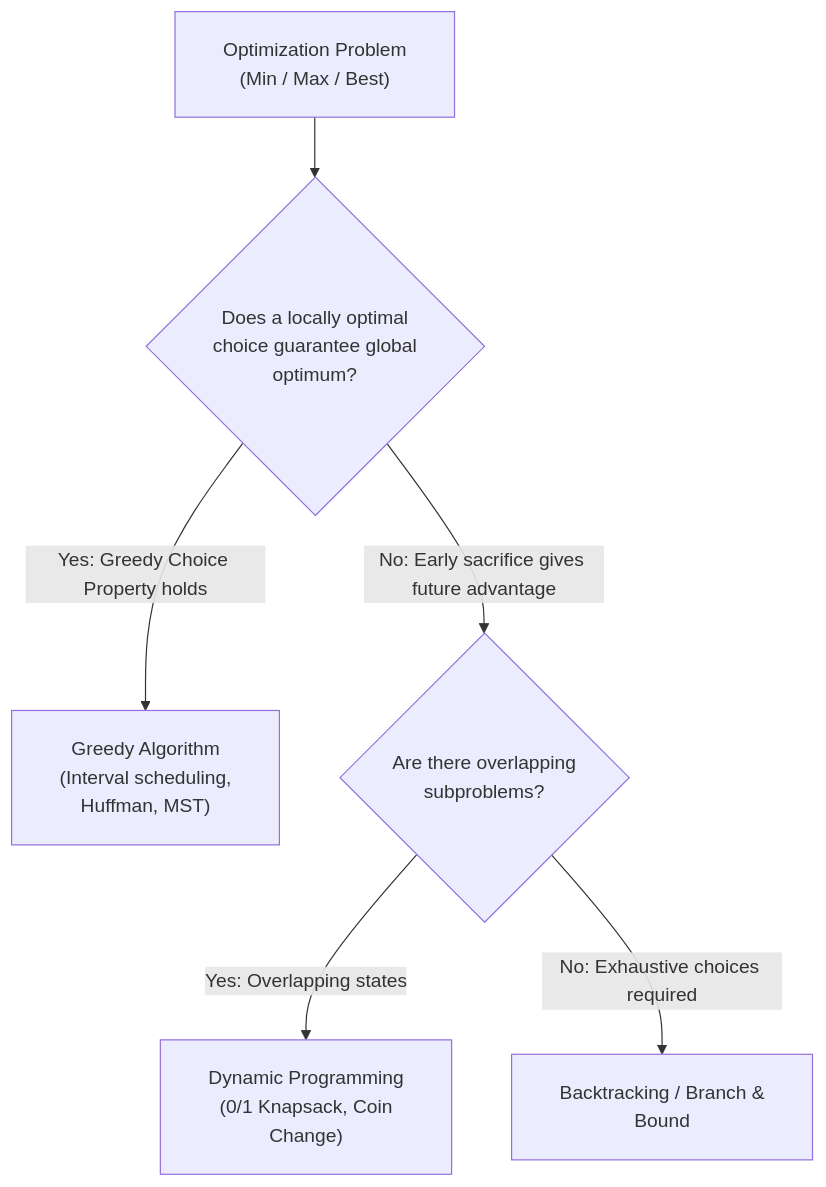
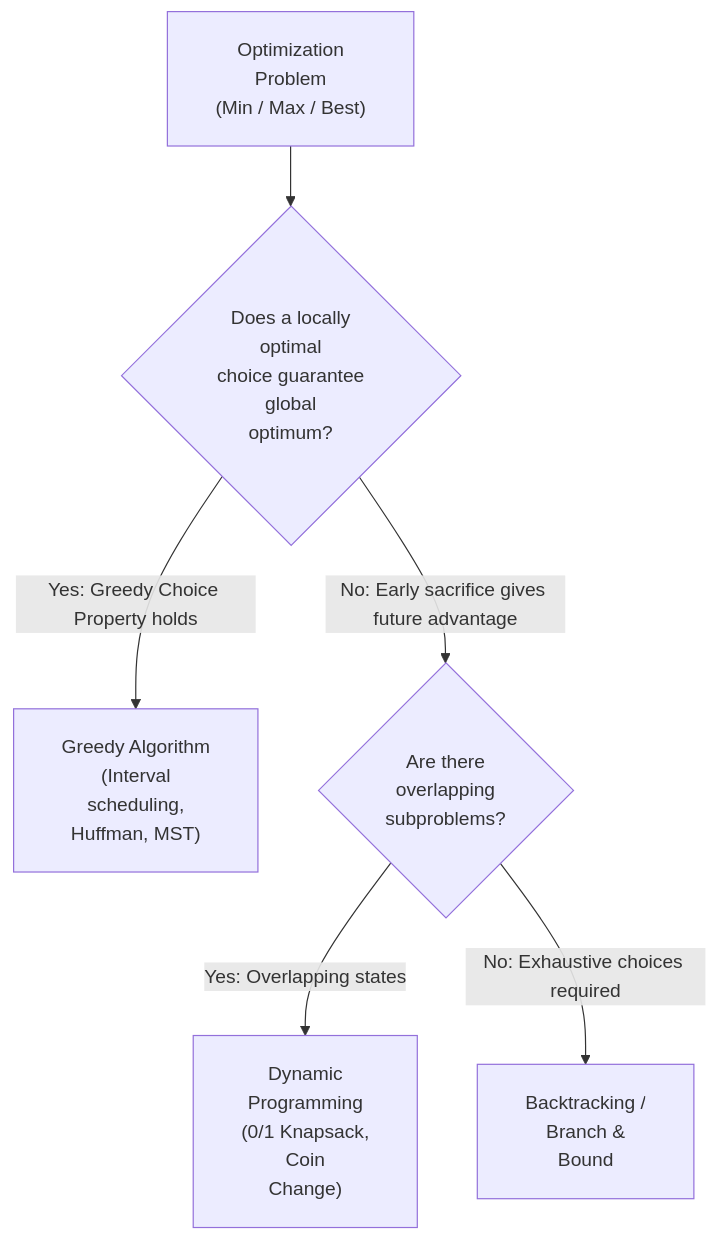
Before and after one commit to dip4k/DSA_102: the diagram in week_12_greedy_and_paradigms/support files/Week_12_Problem_Solving_Roadmap.md, drawn with Mermaid. The commit also changed 106 other files, not shown here.

First line of the commit message:
fix(mermaid): prevent text clipping with foreignObject overflow and tighter line wrapping

````diff
--- a/week_12_greedy_and_paradigms/support files/Week_12_Problem_Solving_Roadmap.md
+++ b/week_12_greedy_and_paradigms/support files/Week_12_Problem_Solving_Roadmap.md
@@ -39,9 +39,9 @@
 ```mermaid
-%%{init: {"flowchart": {"htmlLabels": true, "padding": 20}}}%%
+%%{init: {"flowchart": {"htmlLabels": true, "padding": 20}, "themeCSS": "foreignObject { overflow: visible !important; }"}}%%
 flowchart TD
-    Start["Optimization Problem<br/>(Min / Max / Best)"] --> Q1{"Does a locally optimal<br/>choice guarantee global<br/>optimum?"}
-    Q1 -->|Yes: Greedy Choice Property holds| P1["Greedy Algorithm<br/>(Interval scheduling,<br/>Huffman, MST)"]
-    Q1 -->|No: Early sacrifice gives future advantage| Q2{"Are there overlapping<br/>subproblems?"}
-    Q2 -->|Yes: Overlapping states| P2["Dynamic Programming<br/>(0/1 Knapsack, Coin<br/>Change)"]
-    Q2 -->|No: Exhaustive choices required| P3["Backtracking / Branch &<br/>Bound"]
+    Start["Optimization<br/>Problem<br/>(Min / Max / Best)"] --> Q1{"Does a locally<br/>optimal<br/>choice guarantee<br/>global<br/>optimum?"}
+    Q1 -->|Yes: Greedy Choice Property holds| P1["Greedy Algorithm<br/>(Interval<br/>scheduling,<br/>Huffman, MST)"]
+    Q1 -->|No: Early sacrifice gives future advantage| Q2{"Are there<br/>overlapping<br/>subproblems?"}
+    Q2 -->|Yes: Overlapping states| P2["Dynamic<br/>Programming<br/>(0/1 Knapsack,<br/>Coin<br/>Change)"]
+    Q2 -->|No: Exhaustive choices required| P3["Backtracking /<br/>Branch &<br/>Bound"]
 ```
````
